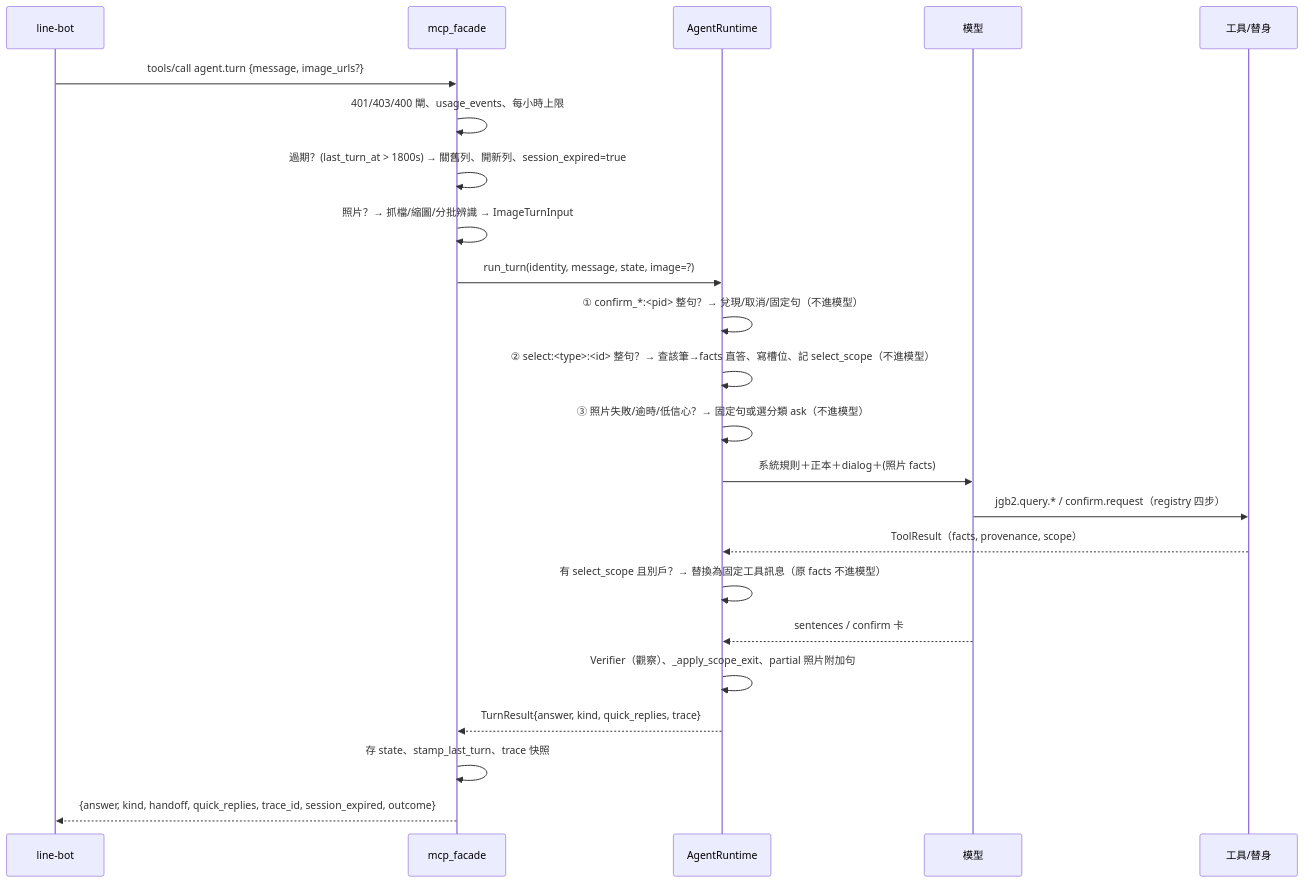
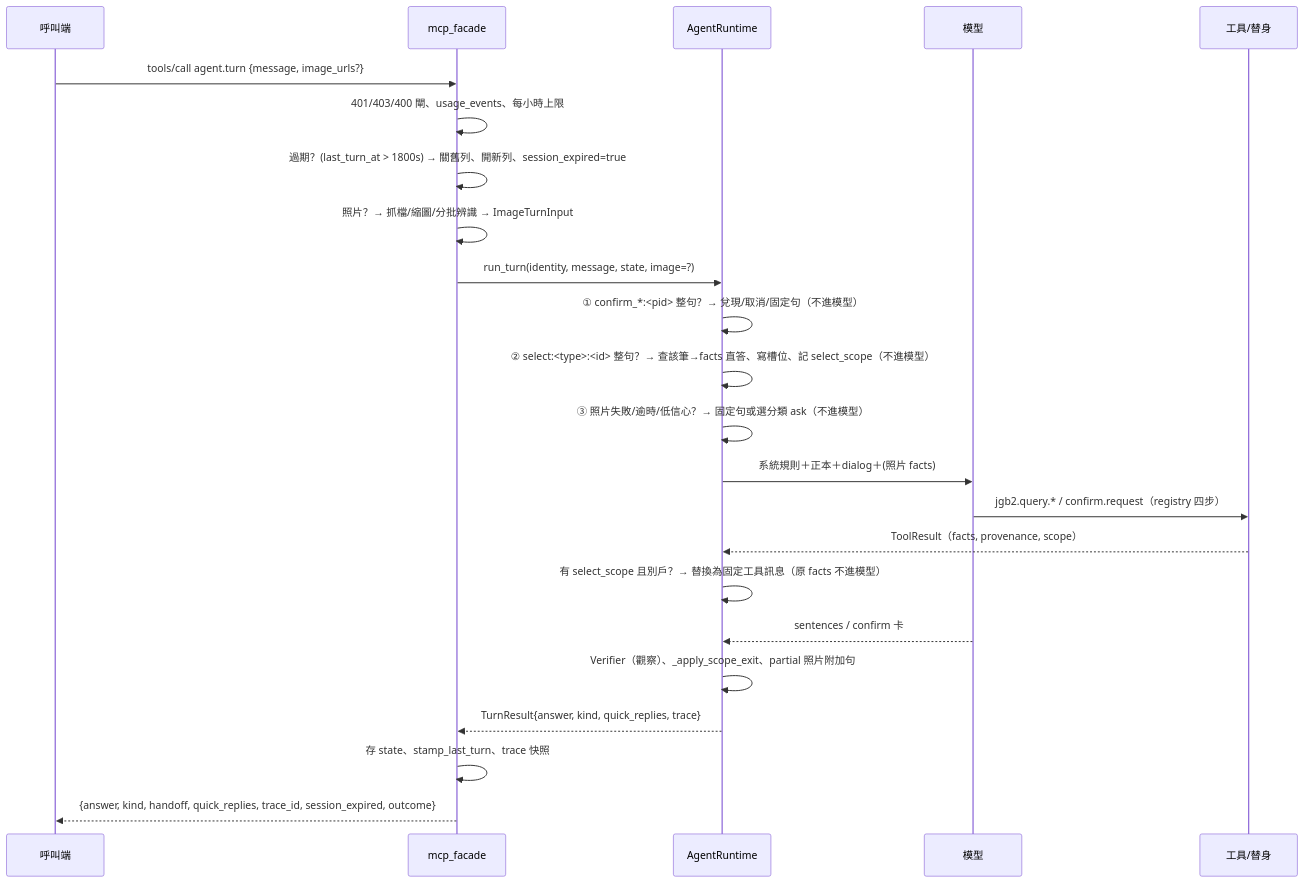
Before and after one commit to JGBlenny/AIChatbot: the third of 3 diagrams in docs/architecture/AGENTIC_MCP_ARCHITECTURE.md, drawn with Mermaid. The commit also changed other lines of this file and 2 other files, not shown here.

First line of the commit message:
docs(architecture): 入口定義由程式重新推導——LINE OA 是 demo 場景，不是架構入口

````diff
--- a/docs/architecture/AGENTIC_MCP_ARCHITECTURE.md
+++ b/docs/architecture/AGENTIC_MCP_ARCHITECTURE.md
@@ -78,25 +78,25 @@
 ```mermaid
 sequenceDiagram
-  participant L as line-bot
+  participant L as 呼叫端
   participant F as mcp_facade
   participant R as AgentRuntime
   participant M as 模型
   participant T as 工具/替身
   L->>F: tools/call agent.turn {message, image_urls?}
   F->>F: 401/403/400 閘、usage_events、每小時上限
   F->>F: 過期？(last_turn_at > 1800s) → 關舊列、開新列、session_expired=true
   F->>F: 照片？→ 抓檔/縮圖/分批辨識 → ImageTurnInput
   F->>R: run_turn(identity, message, state, image=?)
   R->>R: ① confirm_*:<pid> 整句？→ 兌現/取消/固定句（不進模型）
   R->>R: ② select:<type>:<id> 整句？→ 查該筆→facts 直答、寫槽位、記 select_scope（不進模型）
   R->>R: ③ 照片失敗/逾時/低信心？→ 固定句或選分類 ask（不進模型）
   R->>M: 系統規則＋正本＋dialog＋(照片 facts)
   M->>T: jgb2.query.* / confirm.request（registry 四步）
   T-->>R: ToolResult（facts, provenance, scope）
   R->>R: 有 select_scope 且別戶？→ 替換為固定工具訊息（原 facts 不進模型）
   M-->>R: sentences / confirm 卡
   R->>R: Verifier（觀察）、_apply_scope_exit、partial 照片附加句
   R-->>F: TurnResult{answer, kind, quick_replies, trace}
   F->>F: 存 state、stamp_last_turn、trace 快照
   F-->>L: {answer, kind, handoff, quick_replies, trace_id, session_expired, outcome}
 ```
````
